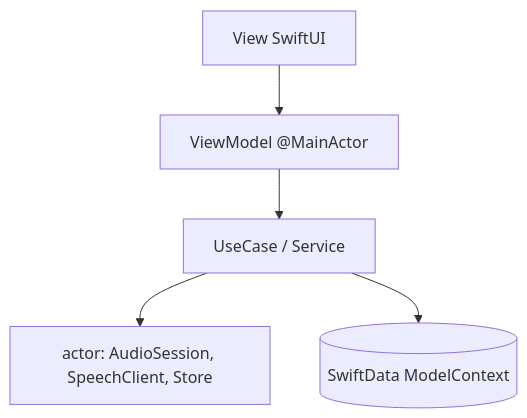
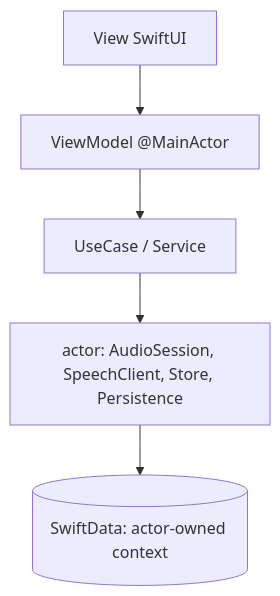
Before and after one commit to Kyogo73/SnapSpeak: the third of 8 diagrams in docs/architecture.md, drawn with Mermaid. The commit also changed other lines of this file and 3 other files, not shown here.

Commit message:
Apply review feedback: audio routing policy, on-device ASR requirement, phase alignment, privacy/App Store requirements, SRS sync via append-only events

````diff
--- a/docs/architecture.md
+++ b/docs/architecture.md
@@ -143,13 +143,13 @@
 ```mermaid
 flowchart TB
-  V[View SwiftUI]
-  VM[ViewModel @MainActor]
-  U[UseCase / Service]
-  A[actor: AudioSession, SpeechClient, Store]
-  P[(SwiftData ModelContext)]
+  V["View SwiftUI"]
+  VM["ViewModel @MainActor"]
+  U["UseCase / Service"]
+  A["actor: AudioSession, SpeechClient, Store, Persistence"]
+  P[("SwiftData: actor-owned context")]
 
   V --> VM
   VM --> U
   U --> A
-  U --> P
+  A --> P
 ```
````
